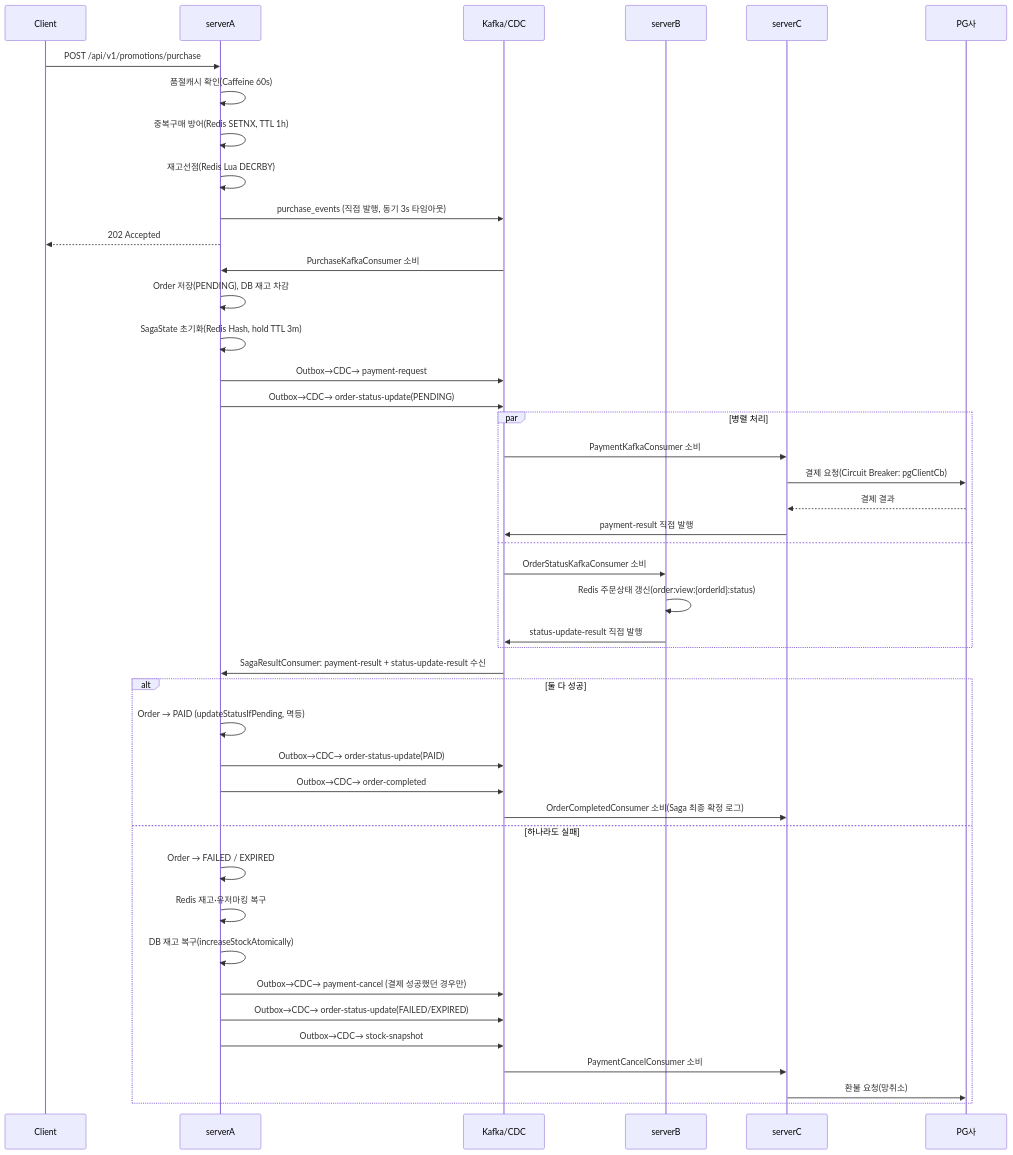
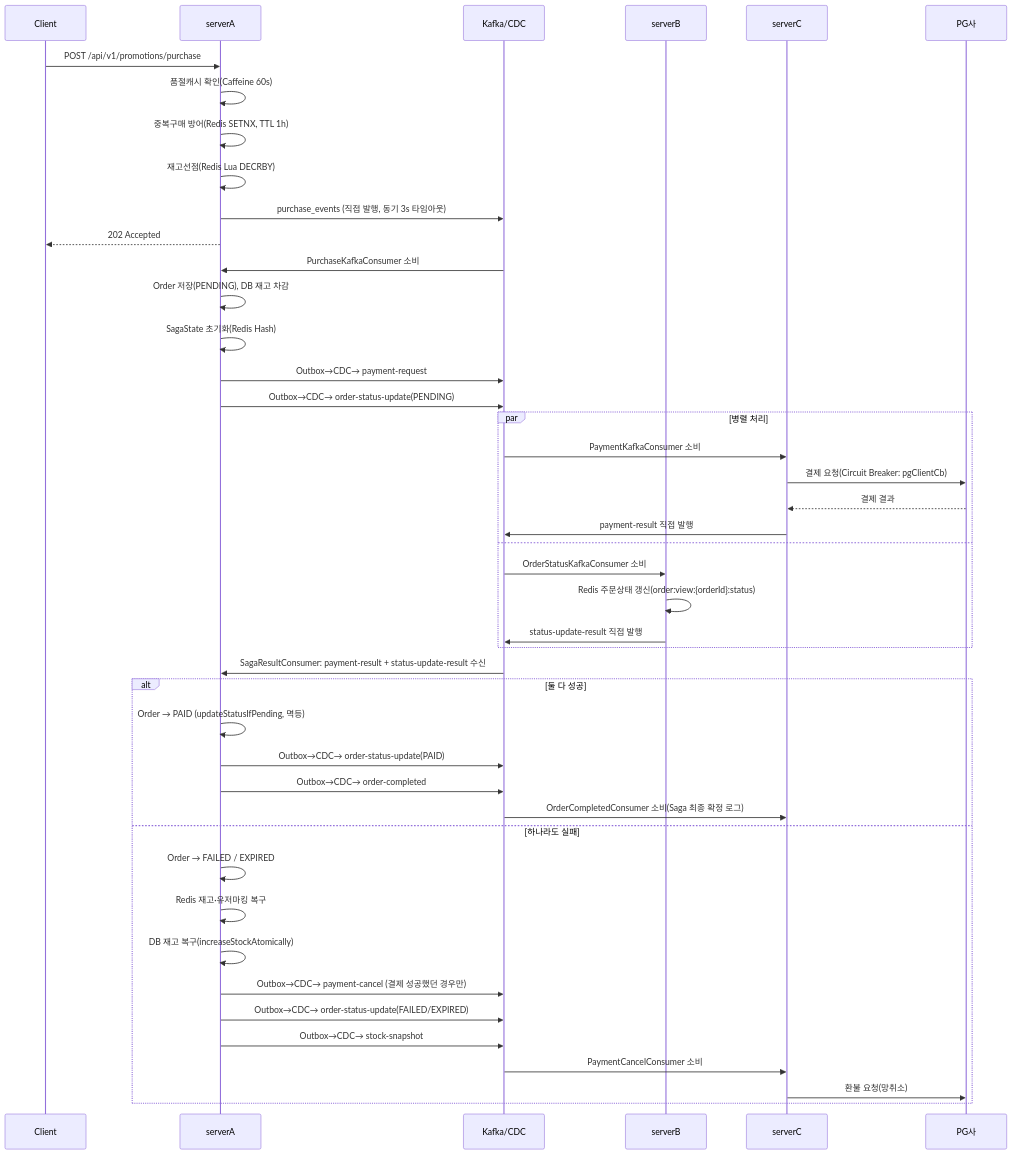
Before and after one commit to michi2012/goods-promotion-project: the diagram in docs/arch-snapshot.md, drawn with Mermaid. The commit also changed other lines of this file and 7 other files, not shown here.

````diff
--- a/docs/arch-snapshot.md
+++ b/docs/arch-snapshot.md
@@ -36,50 +36,50 @@
 ```mermaid
 sequenceDiagram
     participant C as Client
     participant A as serverA
     participant K as Kafka/CDC
     participant B as serverB
     participant SC as serverC
     participant PG as PG사
 
     C->>A: POST /api/v1/promotions/purchase
     A->>A: 품절캐시 확인(Caffeine 60s)
     A->>A: 중복구매 방어(Redis SETNX, TTL 1h)
     A->>A: 재고선점(Redis Lua DECRBY)
     A->>K: purchase_events (직접 발행, 동기 3s 타임아웃)
     A-->>C: 202 Accepted
 
     K->>A: PurchaseKafkaConsumer 소비
     A->>A: Order 저장(PENDING), DB 재고 차감
-    A->>A: SagaState 초기화(Redis Hash, hold TTL 3m)
+    A->>A: SagaState 초기화(Redis Hash)
     A->>K: Outbox→CDC→ payment-request
     A->>K: Outbox→CDC→ order-status-update(PENDING)
 
     par 병렬 처리
         K->>SC: PaymentKafkaConsumer 소비
         SC->>PG: 결제 요청(Circuit Breaker: pgClientCb)
         PG-->>SC: 결제 결과
         SC->>K: payment-result 직접 발행
     and
         K->>B: OrderStatusKafkaConsumer 소비
         B->>B: Redis 주문상태 갱신(order:view:{orderId}:status)
         B->>K: status-update-result 직접 발행
     end
 
     K->>A: SagaResultConsumer: payment-result + status-update-result 수신
     alt 둘 다 성공
         A->>A: Order → PAID (updateStatusIfPending, 멱등)
         A->>K: Outbox→CDC→ order-status-update(PAID)
         A->>K: Outbox→CDC→ order-completed
         K->>SC: OrderCompletedConsumer 소비(Saga 최종 확정 로그)
     else 하나라도 실패
         A->>A: Order → FAILED / EXPIRED
         A->>A: Redis 재고·유저마킹 복구
         A->>A: DB 재고 복구(increaseStockAtomically)
         A->>K: Outbox→CDC→ payment-cancel (결제 성공했던 경우만)
         A->>K: Outbox→CDC→ order-status-update(FAILED/EXPIRED)
         A->>K: Outbox→CDC→ stock-snapshot
         K->>SC: PaymentCancelConsumer 소비
         SC->>PG: 환불 요청(망취소)
     end
 ```
````
